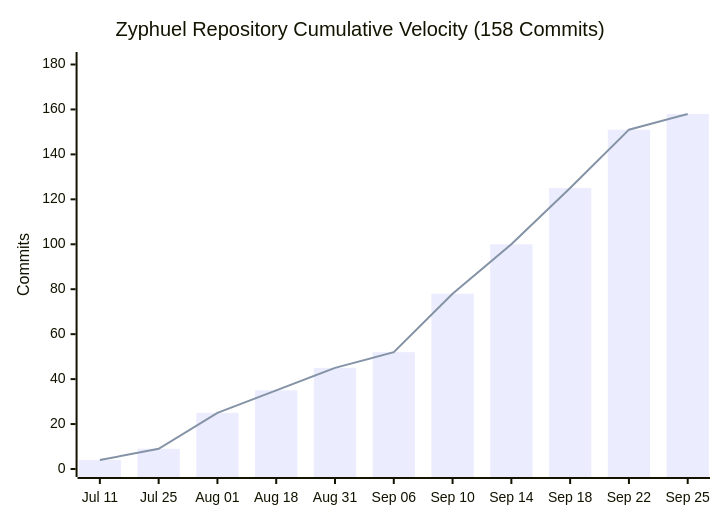
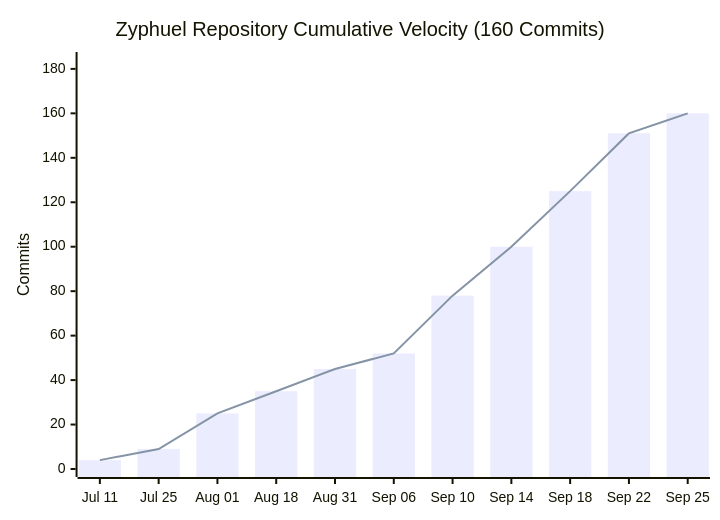
The diagram in README.md (daniyal44/Zyphuel), drawn with Mermaid before and after one commit. The commit also changed other lines of this file and 10 other files, not shown here.

````diff
--- a/README.md
+++ b/README.md
@@ -155,8 +155,8 @@
 ```mermaid
 xychart-beta
-    title "Zyphuel Repository Cumulative Velocity (158 Commits)"
+    title "Zyphuel Repository Cumulative Velocity (160 Commits)"
     x-axis ["Jul 11", "Jul 25", "Aug 01", "Aug 18", "Aug 31", "Sep 06", "Sep 10", "Sep 14", "Sep 18", "Sep 22", "Sep 25"]
-    y-axis "Commits" 0 --> 182
-    bar [4, 9, 25, 35, 45, 52, 78, 100, 125, 151, 158]
-    line [4, 9, 25, 35, 45, 52, 78, 100, 125, 151, 158]
+    y-axis "Commits" 0 --> 184
+    bar [4, 9, 25, 35, 45, 52, 78, 100, 125, 151, 160]
+    line [4, 9, 25, 35, 45, 52, 78, 100, 125, 151, 160]
 ```
````
